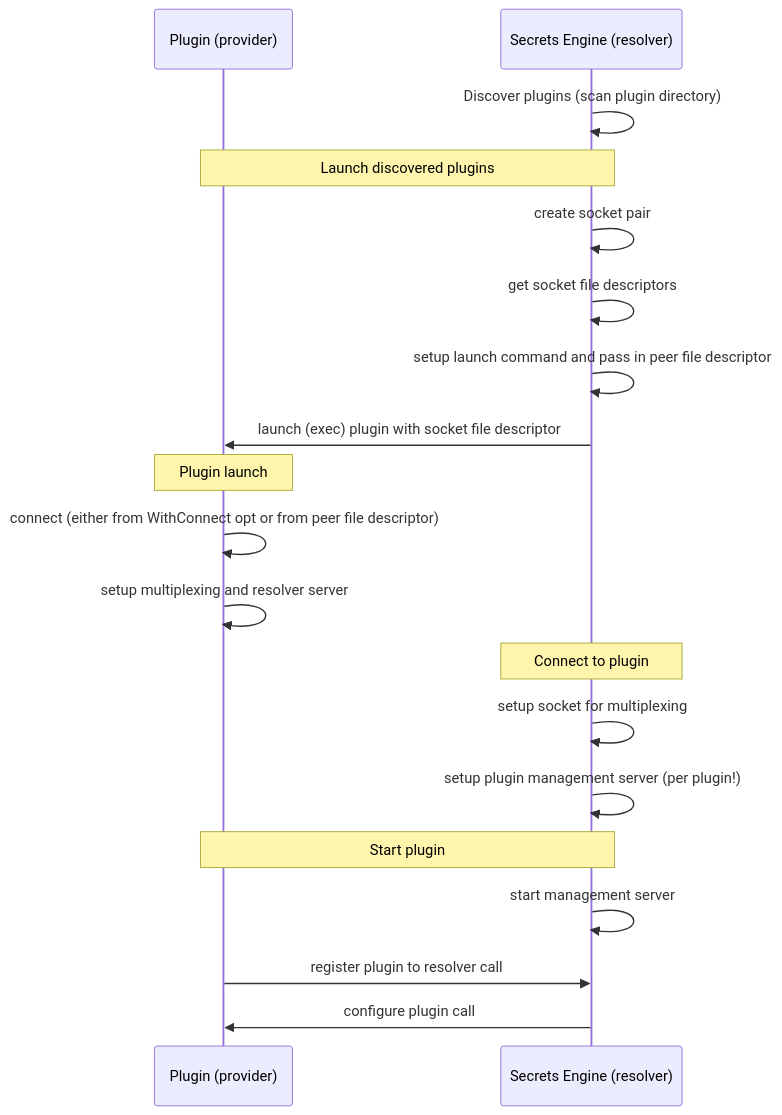
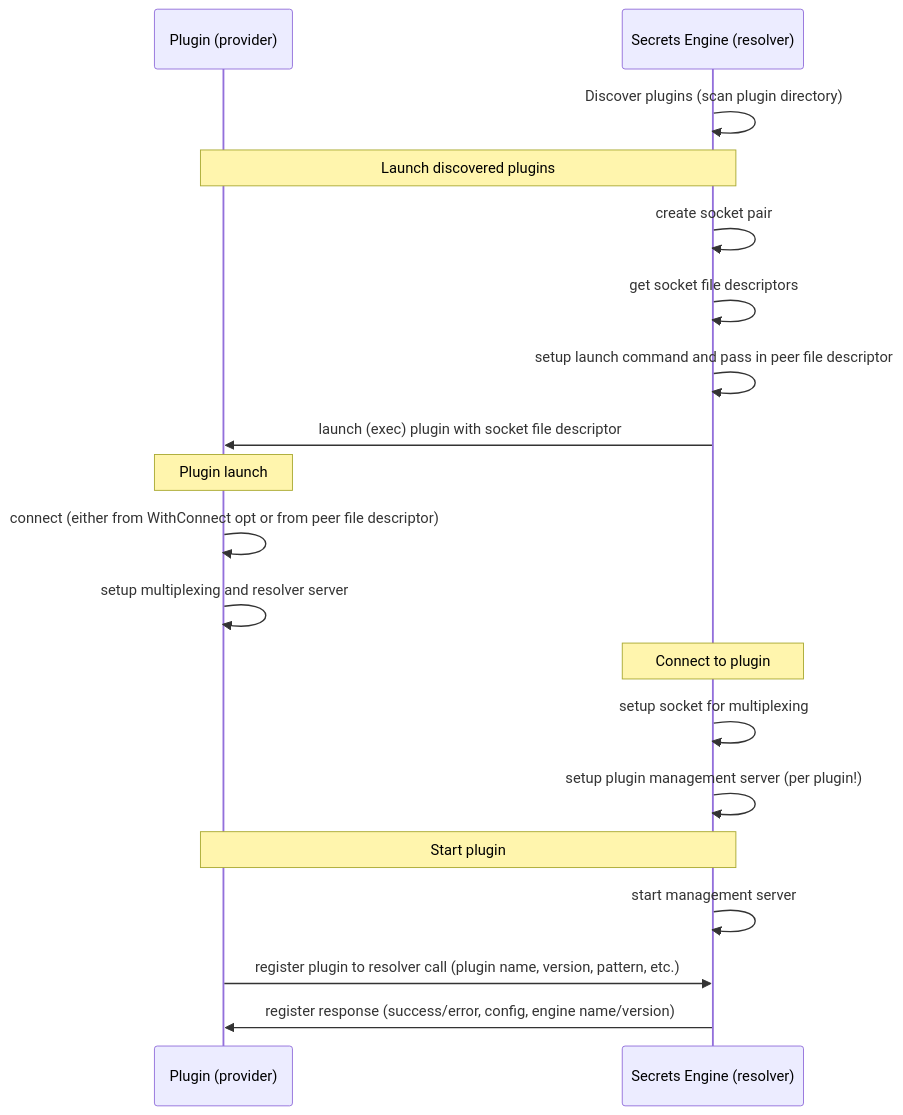
The diagram in docs/plugins/PLUGIN_SYSTEM.md (docker/secrets-engine), drawn with Mermaid before and after one commit. The commit also changed 3 other files, not shown here.

Commit message:
feat(sdk): merge register and configure calls

````diff
--- a/docs/plugins/PLUGIN_SYSTEM.md
+++ b/docs/plugins/PLUGIN_SYSTEM.md
@@ -17,22 +17,22 @@
 ```mermaid
 sequenceDiagram
     participant P as Plugin (provider)
     participant E as Secrets Engine (resolver)
 
     E->>E: Discover plugins (scan plugin directory)
     Note over P,E: Launch discovered plugins
     E->>E: create socket pair
     E->>E: get socket file descriptors
     E->>E: setup launch command and pass in peer file descriptor
     E->>P: launch (exec) plugin with socket file descriptor
     Note over P: Plugin launch
     P->>P: connect (either from WithConnect opt or from peer file descriptor)
     P->>P: setup multiplexing and resolver server
     Note over E: Connect to plugin
     E->>E: setup socket for multiplexing
     E->>E: setup plugin management server (per plugin!)
     Note over P,E: Start plugin
     E->>E: start management server
-    P->>E: register plugin to resolver call
-    E->>P: configure plugin call
+    P->>E: register plugin to resolver call (plugin name, version, pattern, etc.)
+    E->>P: register response (success/error, config, engine name/version)
 ```
````
